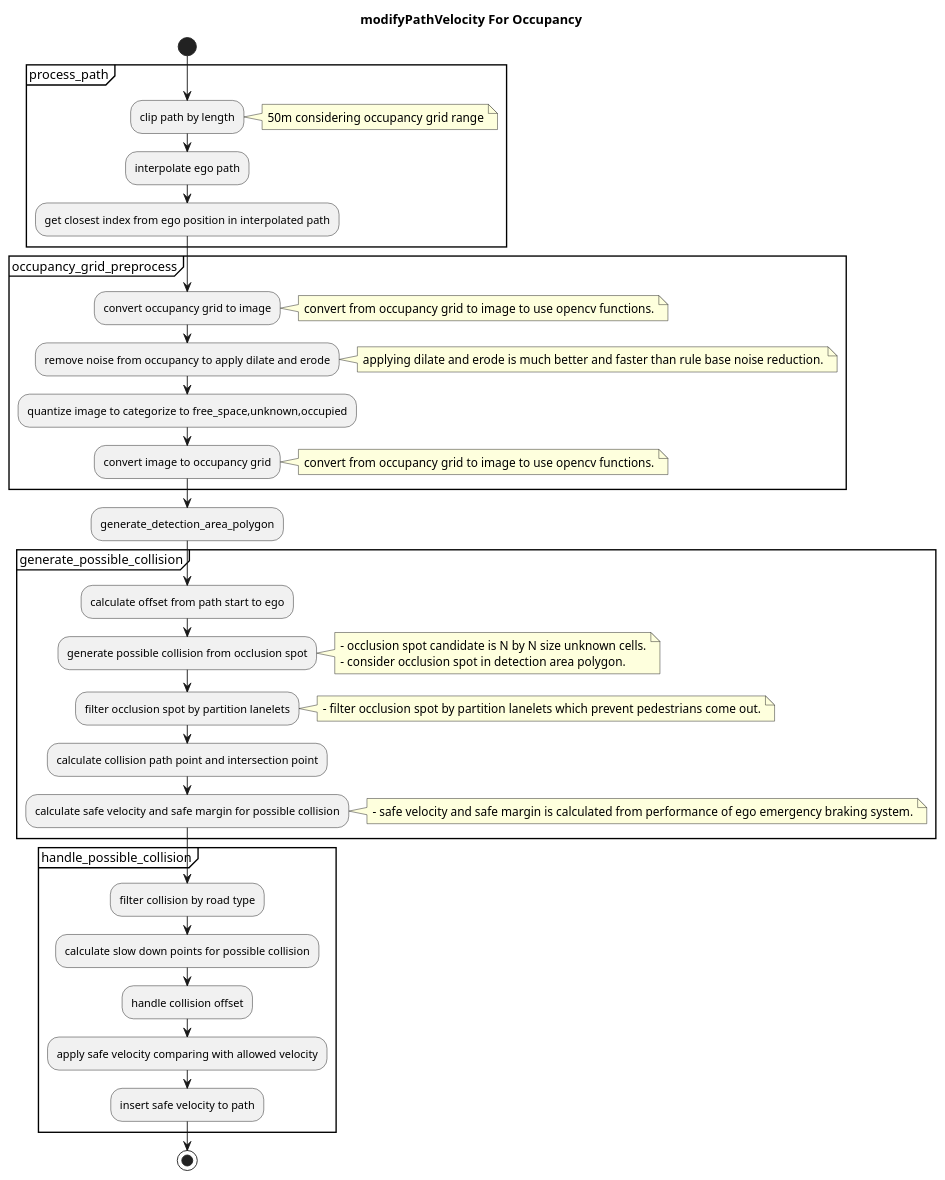
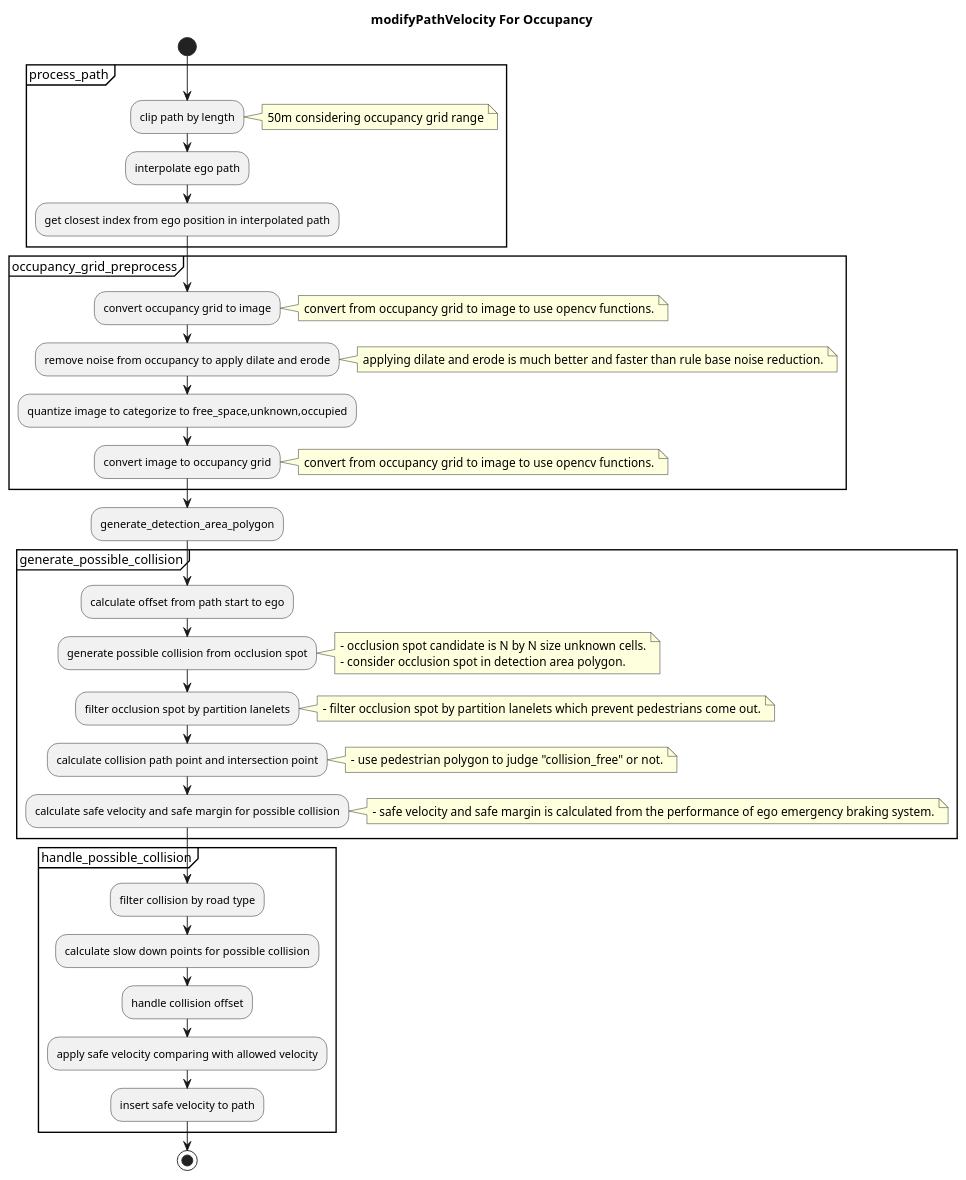
Before and after one commit to autowarefoundation/autoware: the third of 3 diagrams in planning/behavior_velocity_planner/occlusion-spot-design.md, drawn with PlantUML. The commit also changed other lines of this file and 17 other files, not shown here.

First line of the commit message:
feat(behavior_velocity): update grid map collision judgement using object info (#568)

````diff
--- a/planning/behavior_velocity_planner/occlusion-spot-design.md
+++ b/planning/behavior_velocity_planner/occlusion-spot-design.md
@@ -255,56 +277,59 @@
 ```plantuml
 @startuml
 title modifyPathVelocity For Occupancy
 start
 
 partition process_path {
 :clip path by length;
 note right
   50m considering occupancy grid range
 end note
 :interpolate ego path;
 :get closest index from ego position in interpolated path;
 }
 partition occupancy_grid_preprocess {
 :convert occupancy grid to image;
 note right
   convert from occupancy grid to image to use opencv functions.
 end note
 :remove noise from occupancy to apply dilate and erode;
 note right
   applying dilate and erode is much better and faster than rule base noise reduction.
 end note
 :quantize image to categorize to free_space,unknown,occupied;
 :convert image to occupancy grid;
 note right
   convert from occupancy grid to image to use opencv functions.
 end note
 }
 :generate_detection_area_polygon;
 partition generate_possible_collision {
 :calculate offset from path start to ego;
 :generate possible collision from occlusion spot;
 note right
   - occlusion spot candidate is N by N size unknown cells.
   - consider occlusion spot in detection area polygon.
 end note
 :filter occlusion spot by partition lanelets;
 note right
   - filter occlusion spot by partition lanelets which prevent pedestrians come out.
 end note
 :calculate collision path point and intersection point;
+note right
+  - use pedestrian polygon to judge "collision_free" or not.
+end note
 :calculate safe velocity and safe margin for possible collision;
 note right
-  - safe velocity and safe margin is calculated from performance of ego emergency braking system.
+  - safe velocity and safe margin is calculated from the performance of ego emergency braking system.
 end note
 }
 partition handle_possible_collision {
 :filter collision by road type;
 :calculate slow down points for possible collision;
 :handle collision offset;
 :apply safe velocity comparing with allowed velocity;
 :insert safe velocity to path;
 }
 stop
 @enduml
 ```
````
